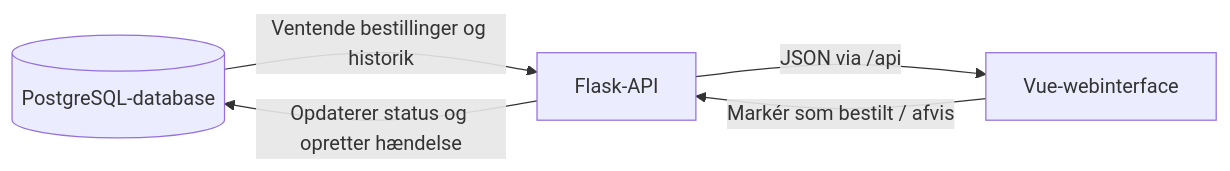
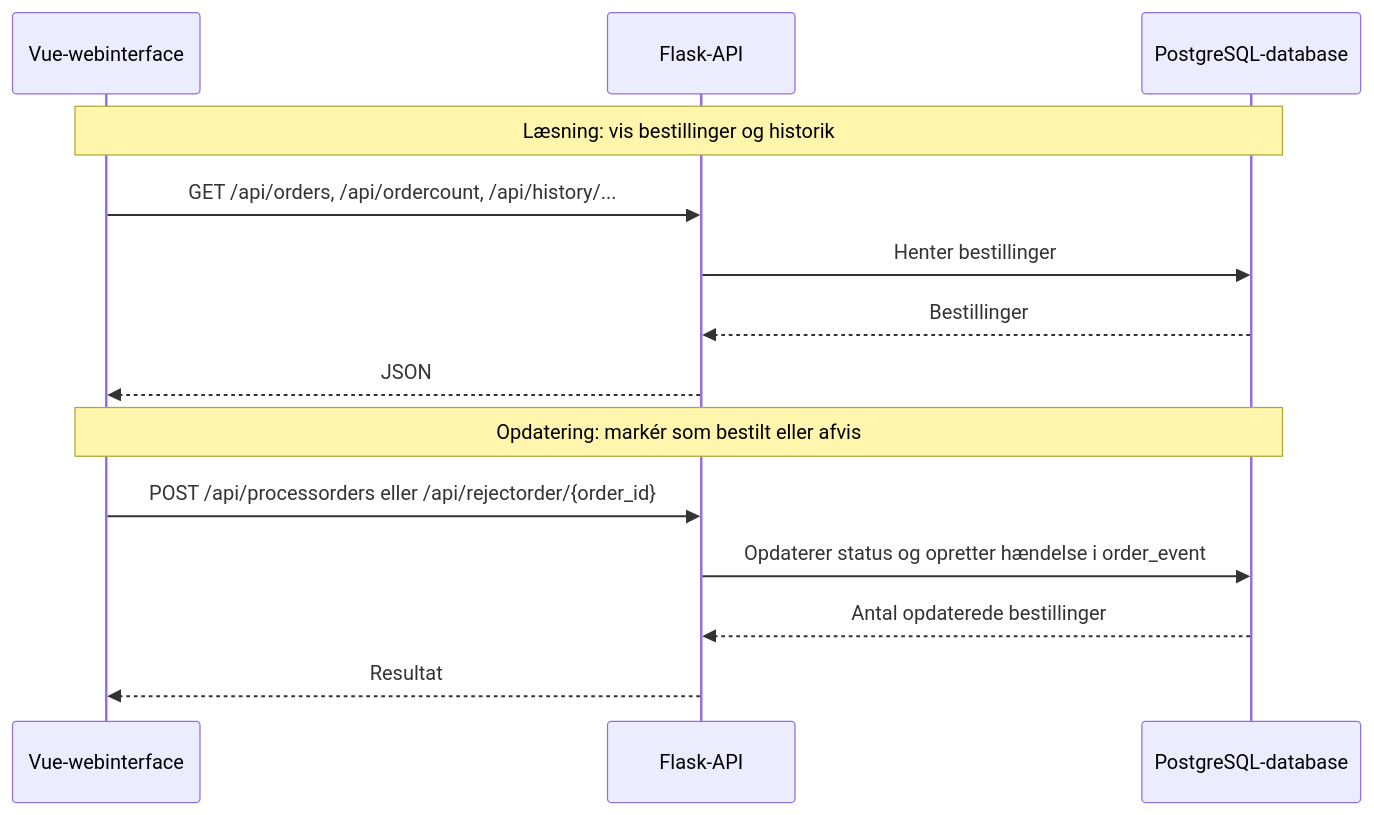
One commit to Randers-Kommune-Digitalisering/attest-webinterface changed the diagram in README.md. Above: the diagram before and after it, drawn with Mermaid. The commit also changed other lines of this file and 4 other files, not shown here.

````diff
--- a/README.md
+++ b/README.md
@@ -22,11 +22,18 @@
 ```mermaid
-flowchart LR
-    DB[(PostgreSQL-database)]
-    API[Flask-API]
-    UI[Vue-webinterface]
+sequenceDiagram
+    participant UI as Vue-webinterface
+    participant API as Flask-API
+    participant DB as PostgreSQL-database
 
-    DB -- "Ventende bestillinger og historik" --> API
-    API -- "JSON via /api" --> UI
-    UI -- "Markér som bestilt / afvis" --> API
-    API -- "Opdaterer status og opretter hændelse" --> DB
+    Note over UI,DB: Læsning: vis bestillinger og historik
+    UI->>API: GET /api/orders, /api/ordercount, /api/history/...
+    API->>DB: Henter bestillinger
+    DB-->>API: Bestillinger
+    API-->>UI: JSON
+
+    Note over UI,DB: Opdatering: markér som bestilt eller afvis
+    UI->>API: POST /api/processorders eller /api/rejectorder/{order_id}
+    API->>DB: Opdaterer status og opretter hændelse i order_event
+    DB-->>API: Antal opdaterede bestillinger
+    API-->>UI: Resultat
 ```
````
